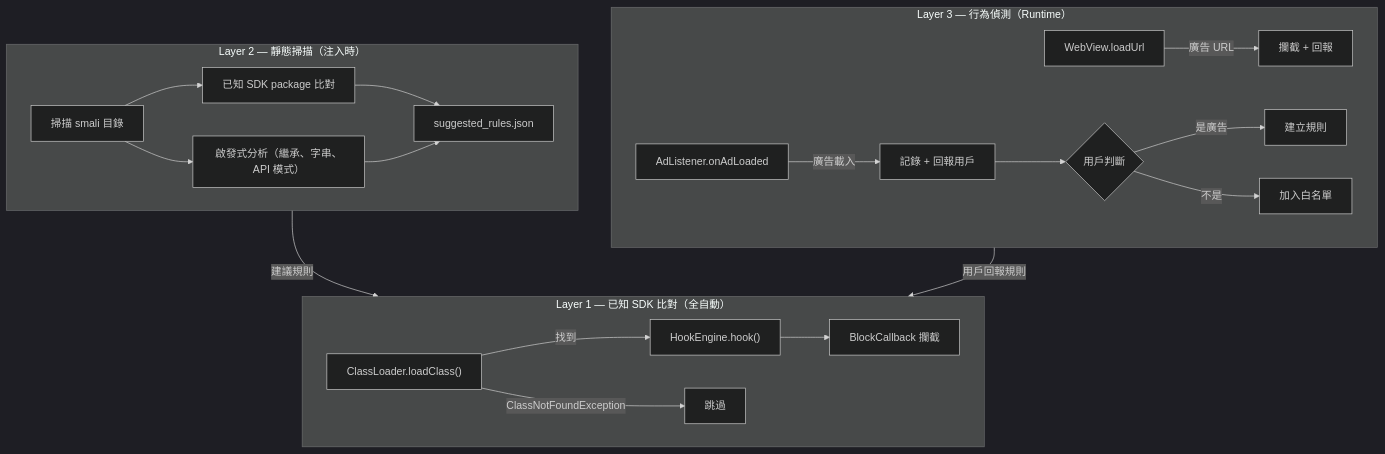
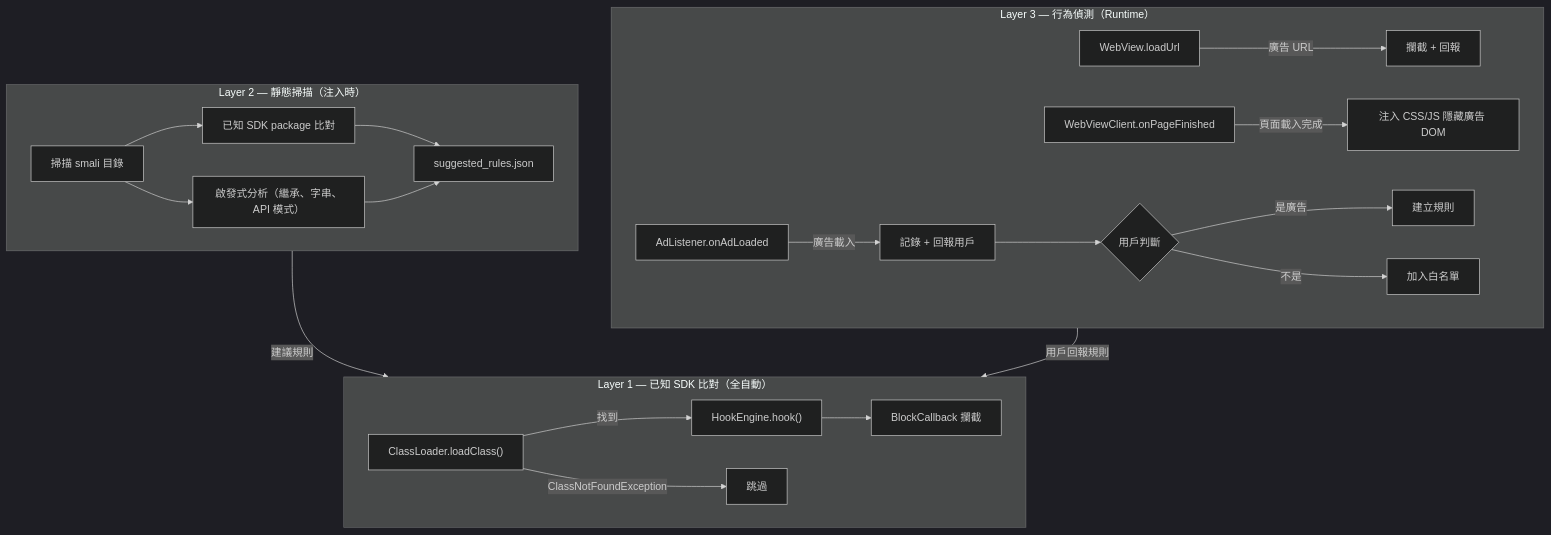
The fifth of 11 diagrams in doc/ARCHITECTURE.md (tzyyung/AdSweep), drawn with Mermaid (dark theme) before and after one commit. The commit also changed 11 other files, not shown here.

First line of the commit message:
Add BLOCK_RETURN_STRING action and WebView CSS/JS ad injection

````diff
--- a/doc/ARCHITECTURE.md
+++ b/doc/ARCHITECTURE.md
@@ -183,26 +183,27 @@
 ```mermaid
 graph TB
     subgraph Layer1["Layer 1 — 已知 SDK 比對（全自動）"]
         L1A["ClassLoader.loadClass()"] -->|找到| L1B["HookEngine.hook()"]
         L1A -->|ClassNotFoundException| L1C[跳過]
         L1B --> L1D["BlockCallback 攔截"]
     end
 
     subgraph Layer2["Layer 2 — 靜態掃描（注入時）"]
         L2A[掃描 smali 目錄] --> L2B[已知 SDK package 比對]
         L2A --> L2C["啟發式分析（繼承、字串、API 模式）"]
         L2B --> L2D[suggested_rules.json]
         L2C --> L2D
     end
 
     subgraph Layer3["Layer 3 — 行為偵測（Runtime）"]
         L3A["WebView.loadUrl"] -->|廣告 URL| L3B[攔截 + 回報]
+        L3H["WebViewClient.onPageFinished"] -->|頁面載入完成| L3I["注入 CSS/JS 隱藏廣告 DOM"]
         L3C["AdListener.onAdLoaded"] -->|廣告載入| L3D[記錄 + 回報用戶]
         L3D --> L3E{用戶判斷}
         L3E -->|是廣告| L3F[建立規則]
         L3E -->|不是| L3G[加入白名單]
     end
 
     Layer2 -->|建議規則| Layer1
     Layer3 -->|用戶回報規則| Layer1
 ```
````
